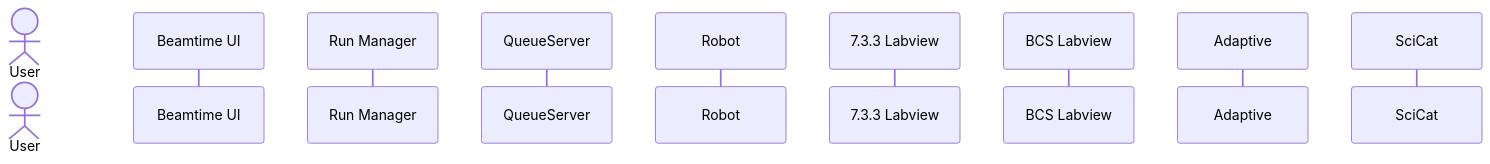
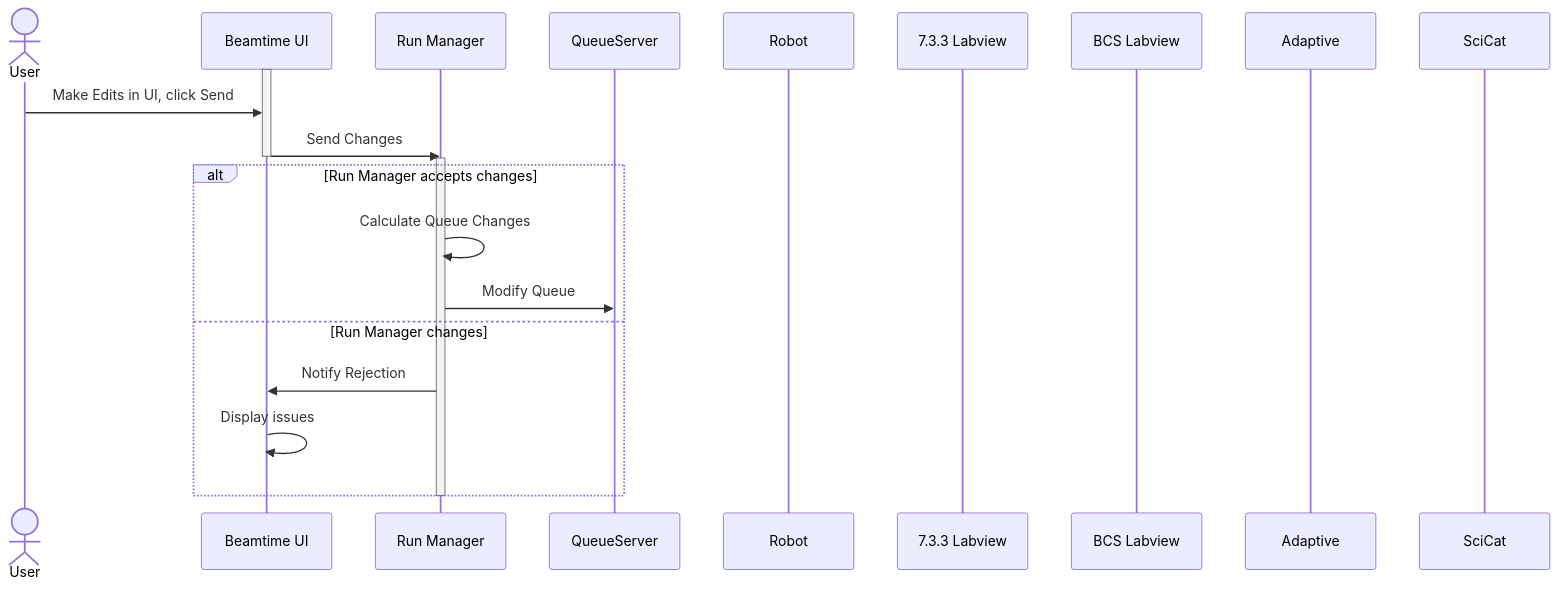
The diagram in docs/sequence_diagrams/edit_scans.md (als-computing/radius_robotics_software_documentation), drawn with Mermaid before and after one commit. The commit also changed 3 other files, not shown here.

Commit message:
new diagrams

````diff
--- a/docs/sequence_diagrams/edit_scans.md
+++ b/docs/sequence_diagrams/edit_scans.md
@@ -4,19 +4,36 @@
 ``` mermaid
 
 sequenceDiagram
 
 
 
     actor User
     participant beamtime_ui as Beamtime UI
     participant run_manager as Run Manager
     participant qs as QueueServer
     participant robot as Robot
     participant ericware as 7.3.3 Labview
     participant bcs as BCS Labview
     participant adaptive as Adaptive
     participant scicat as SciCat
 
+    activate beamtime_ui
+        User ->> beamtime_ui: Make Edits in UI, click Send
+        beamtime_ui ->> run_manager: Send Changes
+    deactivate beamtime_ui
+   
+    activate run_manager
+
+            alt Run Manager accepts changes
+                run_manager ->> run_manager: Calculate Queue Changes
+                 run_manager ->> qs: Modify Queue
+            else Run Manager changes
+                run_manager ->> beamtime_ui: Notify Rejection
+                beamtime_ui ->> beamtime_ui: Display issues
+            end
+
+       
+    deactivate run_manager
 
 
 ```
````
